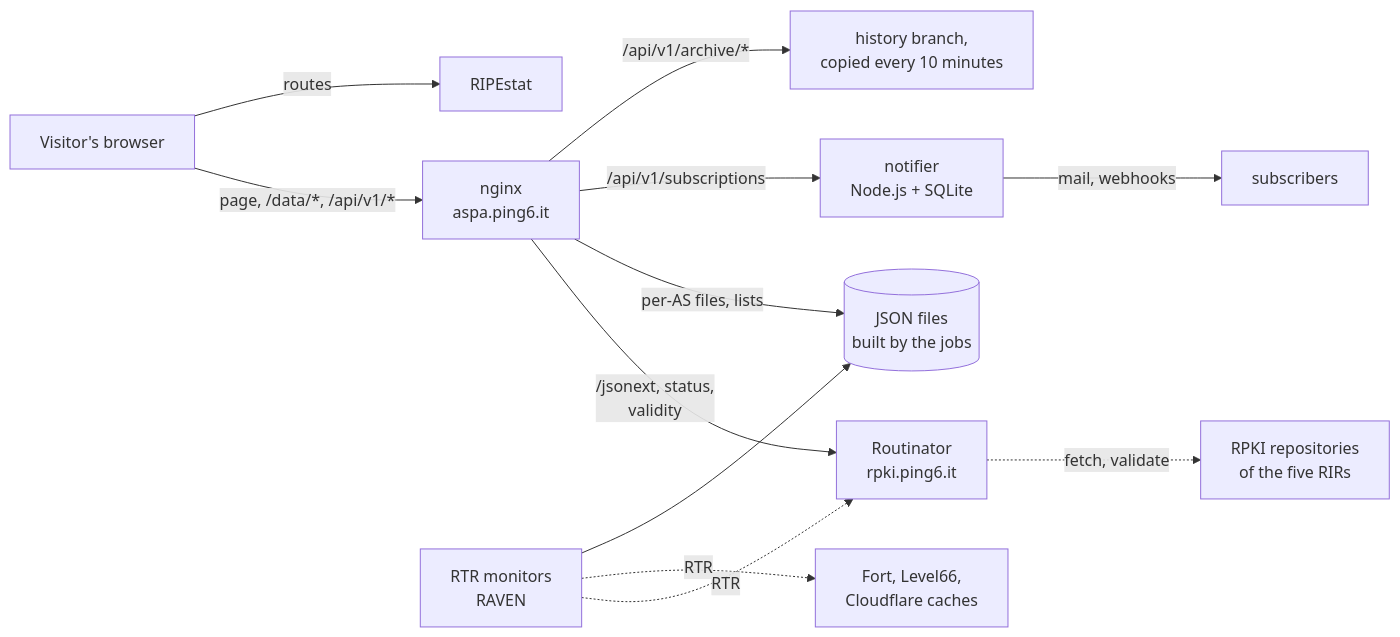
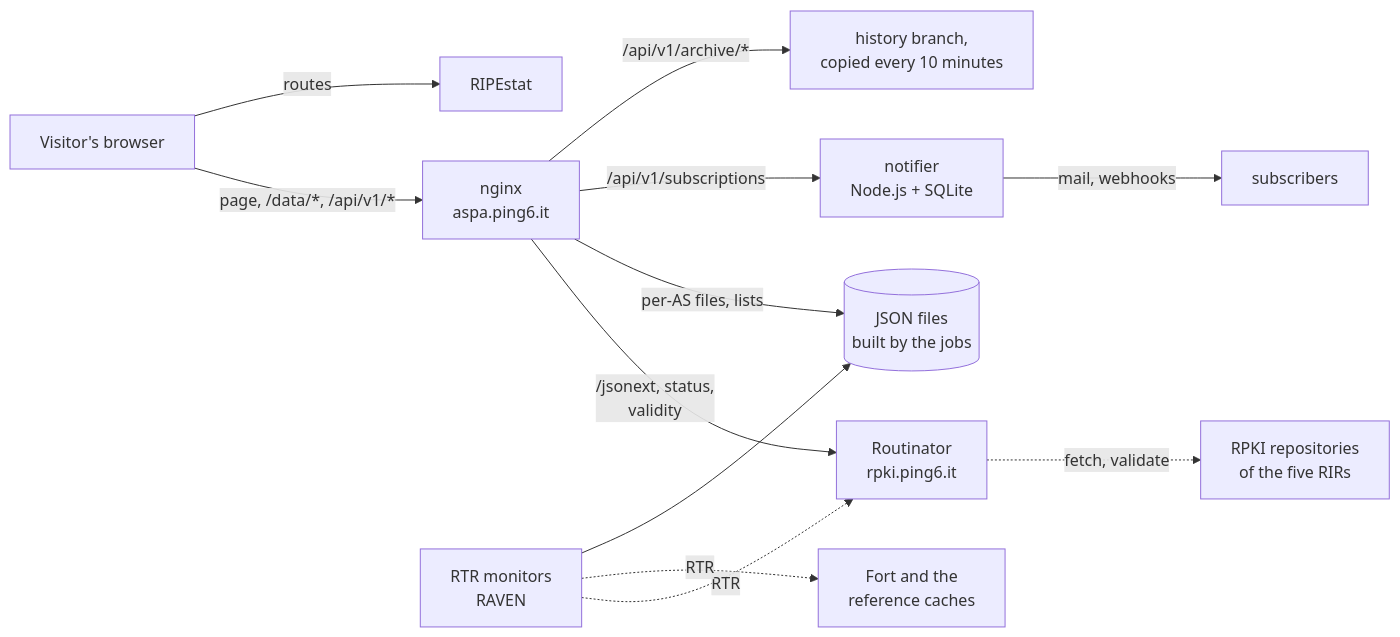
Before and after one commit to Antonio-Prado/aspa-explorer: the second of 2 diagrams in README.md, drawn with Mermaid. The commit also changed other lines of this file and 1 other file, not shown here.

Commit message:
README and the note on the RPKI chain: four validators compared, five other caches followed

````diff
--- a/README.md
+++ b/README.md
@@ -285,20 +285,20 @@
 ```mermaid
 flowchart LR
     V["Visitor's browser"] -->|"page, /data/*, /api/v1/*"| N["nginx<br>aspa.ping6.it"]
     N -->|"/jsonext, status,<br>validity"| R["Routinator<br>rpki.ping6.it"]
     N -->|"per-AS files, lists"| F[("JSON files<br>built by the jobs")]
     N -->|"/api/v1/subscriptions"| S["notifier<br>Node.js + SQLite"]
     S -->|"mail, webhooks"| U["subscribers"]
     R -.->|"fetch, validate"| T["RPKI repositories<br>of the five RIRs"]
     V -->|"routes"| P["RIPEstat"]
     N -->|"/api/v1/archive/*"| H["history branch,<br>copied every 10 minutes"]
     M["RTR monitors<br>RAVEN"] -.->|"RTR"| R
-    M -.->|"RTR"| C["Fort, Level66,<br>Cloudflare caches"]
+    M -.->|"RTR"| C["Fort and the<br>reference caches"]
     M --> F
     click V "https://github.com/Antonio-Prado/aspa-explorer#features"
     click N "https://github.com/Antonio-Prado/aspa-explorer/wiki/Deployment#what-the-nginx-configuration-does"
     click F "https://aspa.ping6.it/api.html"
     click S "https://github.com/Antonio-Prado/aspa-explorer/wiki/Deployment#notifications-optional"
     click H "https://github.com/Antonio-Prado/aspa-explorer/wiki/Deployment#rebuilding-the-history"
     click M "https://github.com/Antonio-Prado/aspa-explorer/wiki/Deployment#the-rtr-monitor-optional"
 ```
````
